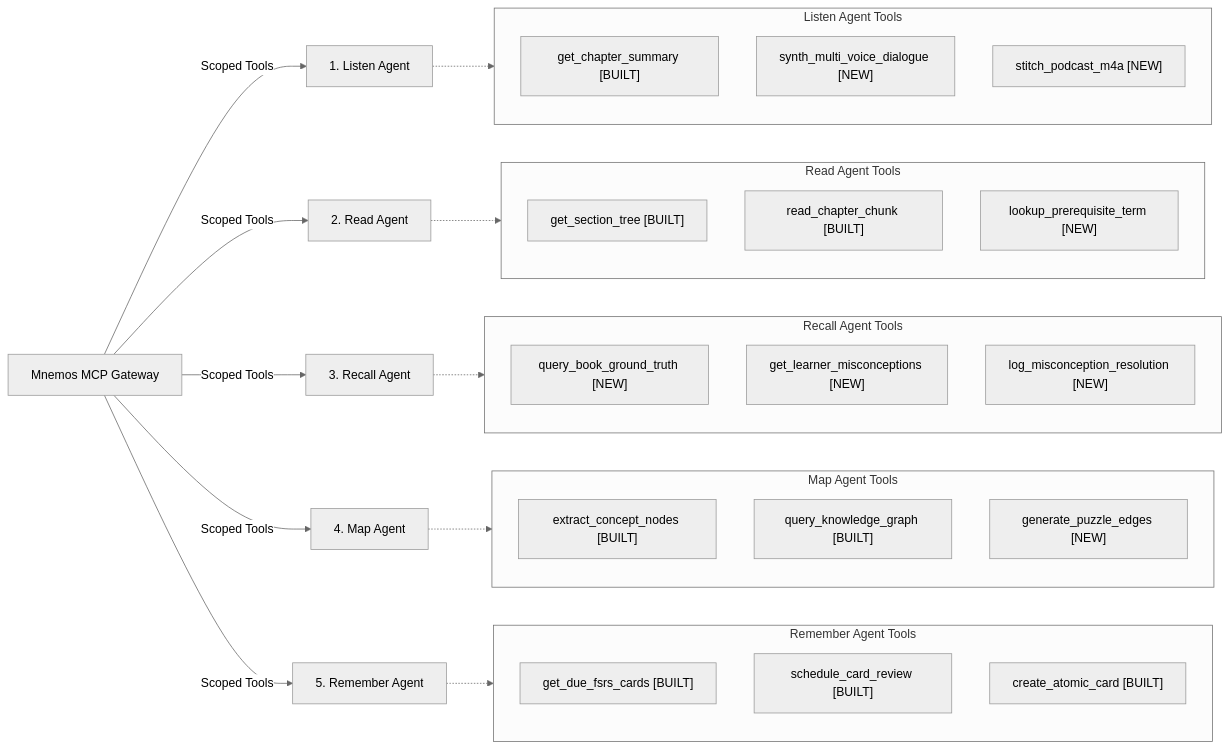
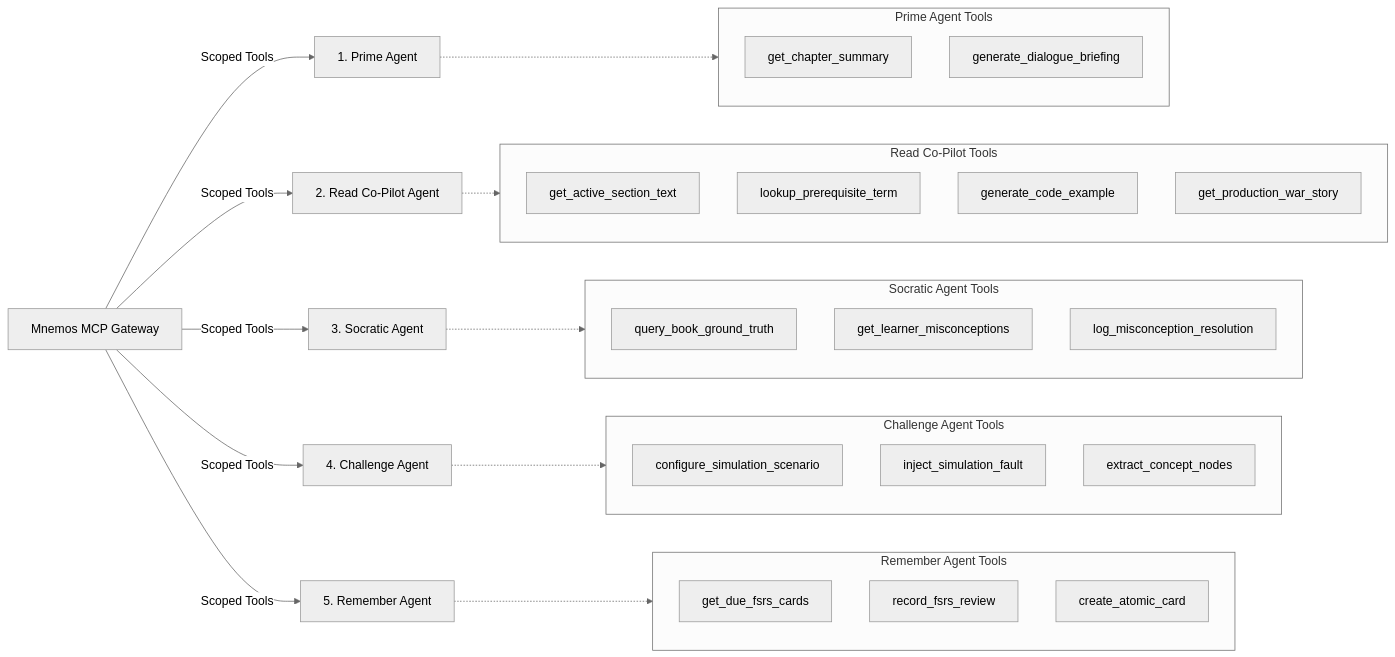
The third of 7 diagrams in architecture.md (ansh0014/Mnemos), drawn with Mermaid (neutral theme) before and after one commit. The commit also changed other lines of this file and 19 other files, not shown here.

````diff
--- a/architecture.md
+++ b/architecture.md
@@ -151,46 +147,46 @@
 ```mermaid
 flowchart LR
     Gateway["Mnemos MCP Gateway"]
 
-    Gateway -->|"Scoped Tools"| A1["1. Listen Agent"]
-    Gateway -->|"Scoped Tools"| A2["2. Read Agent"]
-    Gateway -->|"Scoped Tools"| A3["3. Recall Agent"]
-    Gateway -->|"Scoped Tools"| A4["4. Map Agent"]
+    Gateway -->|"Scoped Tools"| A1["1. Prime Agent"]
+    Gateway -->|"Scoped Tools"| A2["2. Read Co-Pilot Agent"]
+    Gateway -->|"Scoped Tools"| A3["3. Socratic Agent"]
+    Gateway -->|"Scoped Tools"| A4["4. Challenge Agent"]
     Gateway -->|"Scoped Tools"| A5["5. Remember Agent"]
 
-    subgraph T_Listen ["Listen Agent Tools"]
-        TL1["get_chapter_summary [BUILT]"]
-        TL2["synth_multi_voice_dialogue [NEW]"]
-        TL3["stitch_podcast_m4a [NEW]"]
+    subgraph T_Prime ["Prime Agent Tools"]
+        TP1["get_chapter_summary"]
+        TP2["generate_dialogue_briefing"]
     end
 
-    subgraph T_Read ["Read Agent Tools"]
-        TR1["get_section_tree [BUILT]"]
-        TR2["read_chapter_chunk [BUILT]"]
-        TR3["lookup_prerequisite_term [NEW]"]
+    subgraph T_Read ["Read Co-Pilot Tools"]
+        TR1["get_active_section_text"]
+        TR2["lookup_prerequisite_term"]
+        TR3["generate_code_example"]
+        TR4["get_production_war_story"]
     end
 
-    subgraph T_Recall ["Recall Agent Tools"]
-        TC1["query_book_ground_truth [NEW]"]
-        TC2["get_learner_misconceptions [NEW]"]
-        TC3["log_misconception_resolution [NEW]"]
+    subgraph T_Recall ["Socratic Agent Tools"]
+        TC1["query_book_ground_truth"]
+        TC2["get_learner_misconceptions"]
+        TC3["log_misconception_resolution"]
     end
 
-    subgraph T_Map ["Map Agent Tools"]
-        TM1["extract_concept_nodes [BUILT]"]
-        TM2["query_knowledge_graph [BUILT]"]
-        TM3["generate_puzzle_edges [NEW]"]
+    subgraph T_Harness ["Challenge Agent Tools"]
+        TH1["configure_simulation_scenario"]
+        TH2["inject_simulation_fault"]
+        TH3["extract_concept_nodes"]
     end
 
     subgraph T_Remember ["Remember Agent Tools"]
-        TS1["get_due_fsrs_cards [BUILT]"]
-        TS2["schedule_card_review [BUILT]"]
-        TS3["create_atomic_card [BUILT]"]
+        TS1["get_due_fsrs_cards"]
+        TS2["record_fsrs_review"]
+        TS3["create_atomic_card"]
     end
 
-    A1 -.-> T_Listen
+    A1 -.-> T_Prime
     A2 -.-> T_Read
     A3 -.-> T_Recall
-    A4 -.-> T_Map
+    A4 -.-> T_Harness
     A5 -.-> T_Remember
 ```
````
